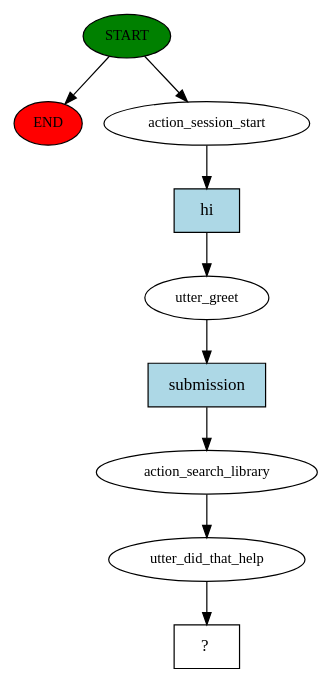
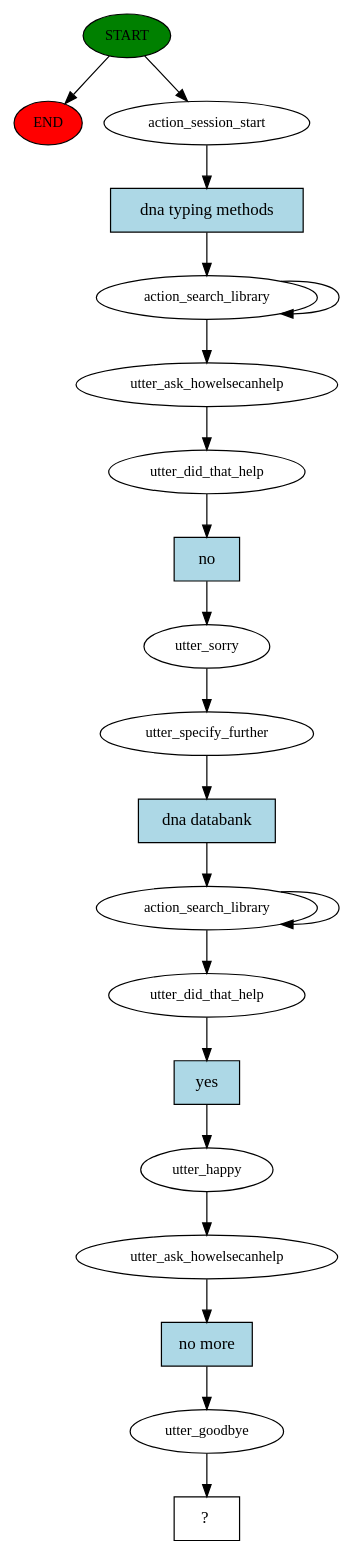
The diagram in story_graph.dot (aoruize/rasa-cfs), drawn with Graphviz before and after one commit. The commit also changed 12 other files, not shown here.

```diff
--- a/story_graph.dot
+++ b/story_graph.dot
@@ -1,19 +1,41 @@
 digraph  {
 0 [class="start active", fillcolor=green, fontsize=12, label=START, style=filled];
 "-1" [class=end, fillcolor=red, fontsize=12, label=END, style=filled];
 1 [class=active, fontsize=12, label=action_session_start];
-2 [class=active, fontsize=12, label=utter_greet];
-3 [class=active, fontsize=12, label=action_search_library];
-4 [class=active, fontsize=12, label=utter_did_that_help];
-5 [class="intent dashed active", label="  ?  ", shape=rect];
-6 [class="intent active", fillcolor=lightblue, label=hi, shape=rect, style=filled];
-7 [class="intent active", fillcolor=lightblue, label=submission, shape=rect, style=filled];
+2 [class=active, fontsize=12, label=action_search_library];
+4 [class=active, fontsize=12, label=utter_ask_howelsecanhelp];
+5 [class=active, fontsize=12, label=utter_did_that_help];
+6 [class=active, fontsize=12, label=utter_sorry];
+7 [class=active, fontsize=12, label=utter_specify_further];
+8 [class=active, fontsize=12, label=action_search_library];
+10 [class=active, fontsize=12, label=utter_did_that_help];
+11 [class=active, fontsize=12, label=utter_happy];
+12 [class=active, fontsize=12, label=utter_ask_howelsecanhelp];
+13 [class=active, fontsize=12, label=utter_goodbye];
+14 [class="intent dashed active", label="  ?  ", shape=rect];
+15 [class="intent active", fillcolor=lightblue, label="dna typing methods", shape=rect, style=filled];
+16 [class="intent active", fillcolor=lightblue, label=no, shape=rect, style=filled];
+17 [class="intent active", fillcolor=lightblue, label="dna databank", shape=rect, style=filled];
+18 [class="intent active", fillcolor=lightblue, label=yes, shape=rect, style=filled];
+19 [class="intent active", fillcolor=lightblue, label="no more", shape=rect, style=filled];
 0 -> "-1"  [class="", key=NONE, label=""];
 0 -> 1  [class=active, key=NONE, label=""];
-1 -> 6  [class=active, key=0];
-2 -> 7  [class=active, key=0];
-3 -> 4  [class=active, key=NONE, label=""];
+1 -> 15  [class=active, key=0];
+2 -> 4  [class=active, key=NONE, label=""];
+2 -> 2  [class=active, key=NONE, label=""];
 4 -> 5  [class=active, key=NONE, label=""];
-6 -> 2  [class=active, key=0];
-7 -> 3  [class=active, key=0];
+5 -> 16  [class=active, key=0];
+6 -> 7  [class=active, key=NONE, label=""];
+7 -> 17  [class=active, key=0];
+8 -> 10  [class=active, key=NONE, label=""];
+8 -> 8  [class=active, key=NONE, label=""];
+10 -> 18  [class=active, key=0];
+11 -> 12  [class=active, key=NONE, label=""];
+12 -> 19  [class=active, key=0];
+13 -> 14  [class=active, key=NONE, label=""];
+15 -> 2  [class=active, key=0];
+16 -> 6  [class=active, key=0];
+17 -> 8  [class=active, key=0];
+18 -> 11  [class=active, key=0];
+19 -> 13  [class=active, key=0];
 }
```
